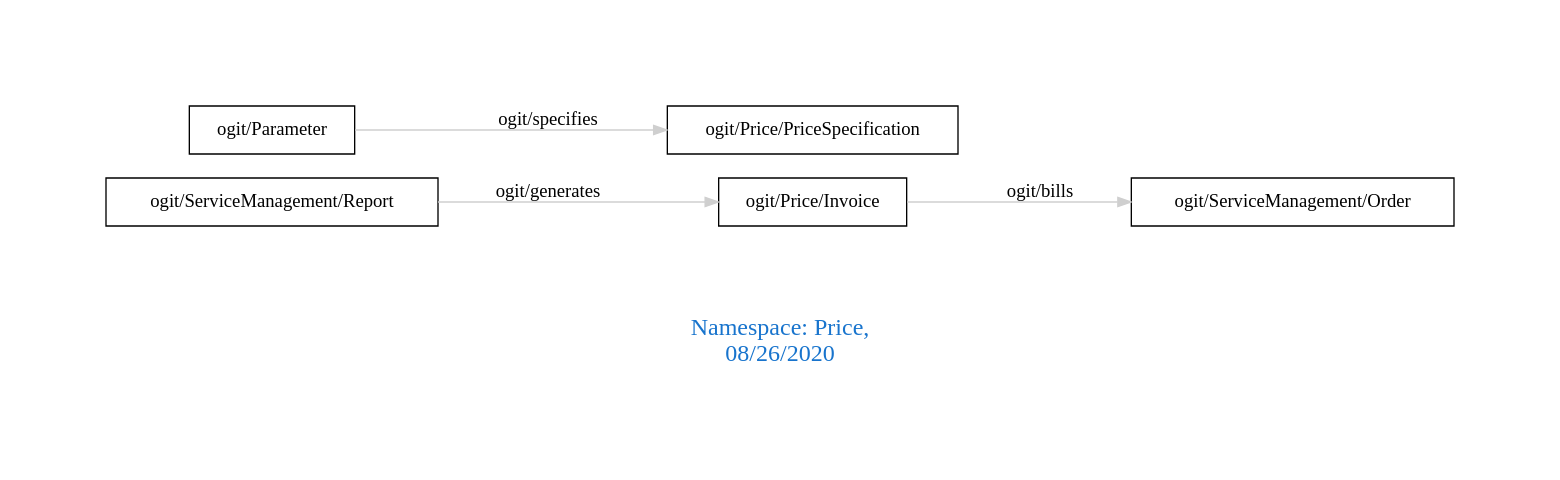
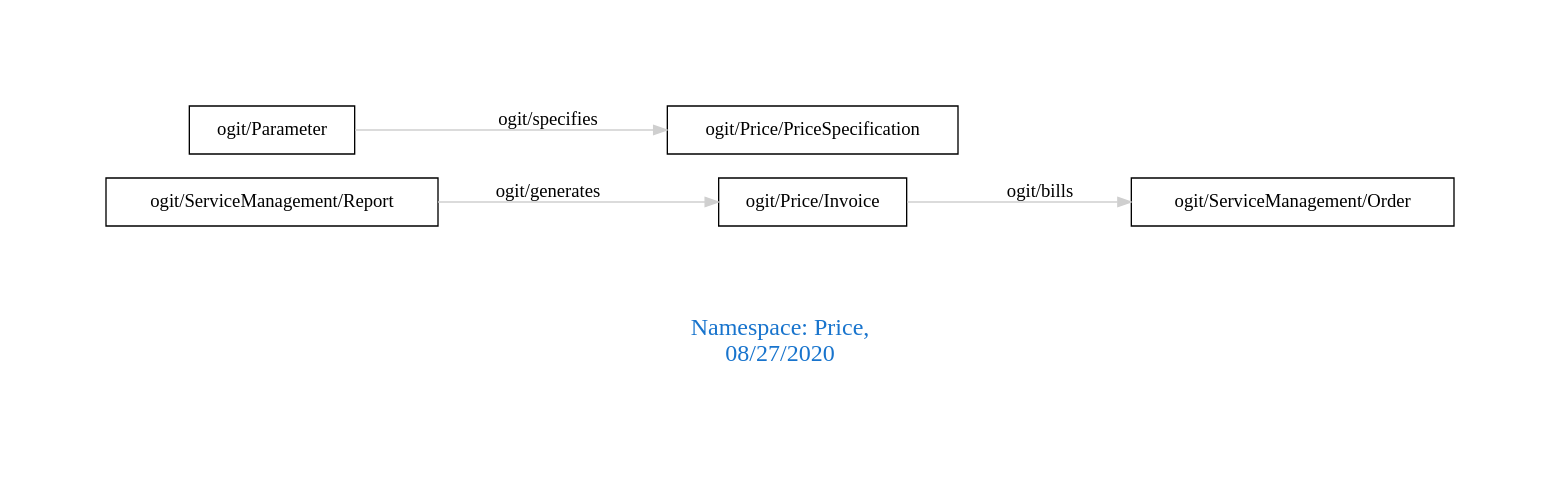
The diagram in downloads/Price.dot (arago/OGIT), drawn with Graphviz before and after one commit. The commit also changed 1817 other files, not shown here.

```diff
--- a/downloads/Price.dot
+++ b/downloads/Price.dot
@@ -1,11 +1,11 @@
 digraph OGIT_ontology {
  graph [ rankdir= LR,pad=1 
 fontsize = 18,
-fontcolor= dodgerblue3,label = "\n\n\nNamespace: Price, \n 08/26/2020"];
+fontcolor= dodgerblue3,label = "\n\n\nNamespace: Price, \n 08/27/2020"];
 node[shape=polygon];
 edge [  color="gray81"];
 
    "ogit/Price/Invoice" -> "ogit/ServiceManagement/Order" [label="   ogit/bills    "];
    "ogit/ServiceManagement/Report" -> "ogit/Price/Invoice" [label="   ogit/generates    "];
    "ogit/Parameter" -> "ogit/Price/PriceSpecification" [label="   ogit/specifies    "];
 }
```
